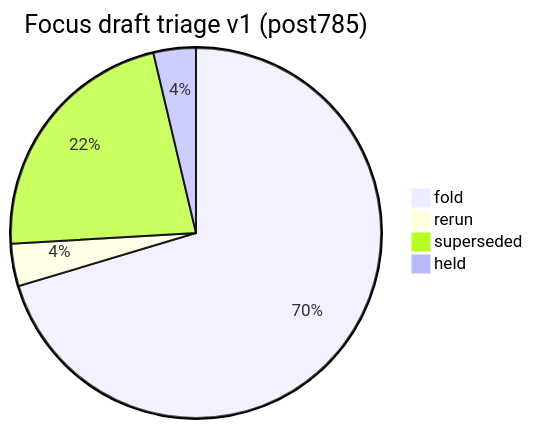
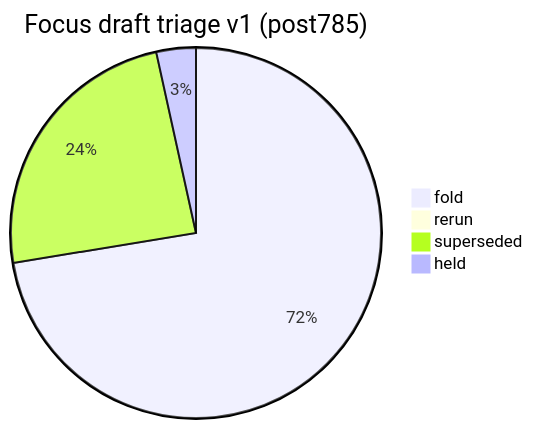
Before and after one commit to fuzzywigg/math-pentathlon: the first of 2 diagrams in docs/dev/open-draft-triage-post785-2026-10-10-v1.md, drawn with Mermaid. The commit also changed other lines of this file and 1 other file, not shown here.

First line of the commit message:
docs(q-mp-334): refresh triage onto tip 06126841 after #829 fold

````diff
--- a/docs/dev/open-draft-triage-post785-2026-10-10-v1.md
+++ b/docs/dev/open-draft-triage-post785-2026-10-10-v1.md
@@ -87,7 +89,7 @@
 ```mermaid
 pie title Focus draft triage v1 (post785)
-  "fold" : 19
-  "rerun" : 1
-  "superseded" : 6
+  "fold" : 21
+  "rerun" : 0
+  "superseded" : 7
   "held" : 1
 ```
````
